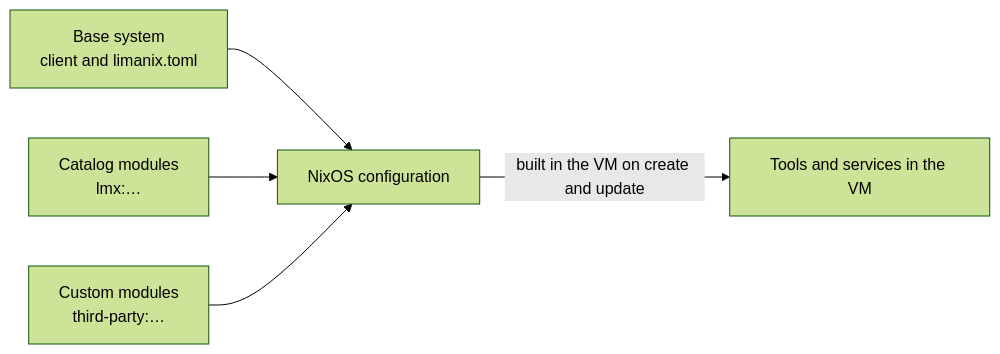
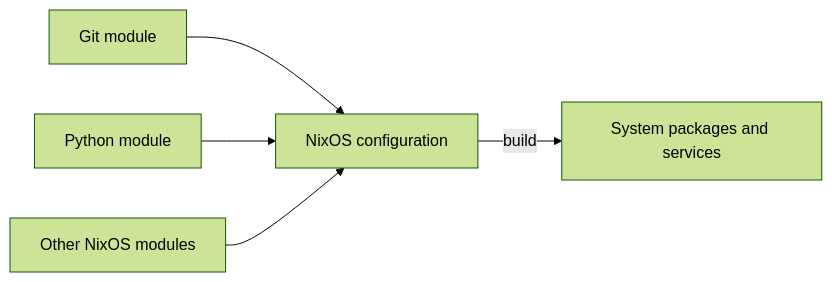
Before and after one commit to limanix/modules: the diagram in guides/concepts.md, drawn with Mermaid (forest theme). The commit also changed other lines of this file and 15 other files, not shown here.

````diff
--- a/guides/concepts.md
+++ b/guides/concepts.md
@@ -11,7 +22,7 @@
 ```mermaid
 flowchart LR
-    base["Base system<br/>client and limanix.toml"] --> config["NixOS configuration"]
-    catalog["Catalog modules<br/>lmx:…"] --> config
-    custom["Custom modules<br/>third-party:…"] --> config
-    config -->|"built in the VM on create and update"| vm["Tools and services in the VM"]
+    git["Git module"] --> config["NixOS configuration"]
+    python["Python module"] --> config
+    other["Other NixOS modules"] --> config
+    config -->|"build"| system["System packages and services"]
 ```
````
